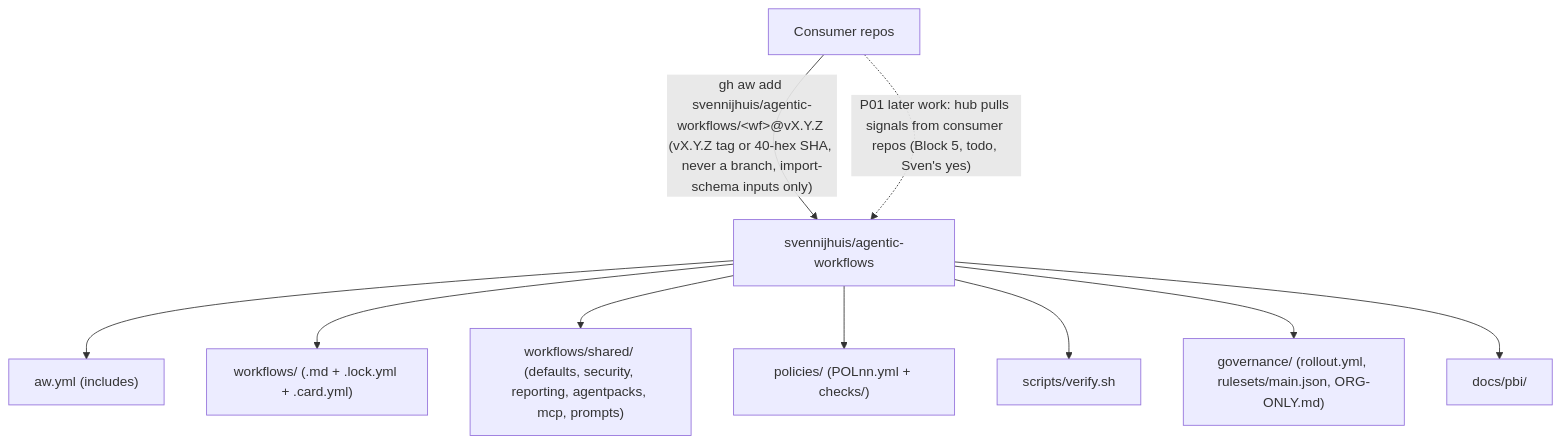
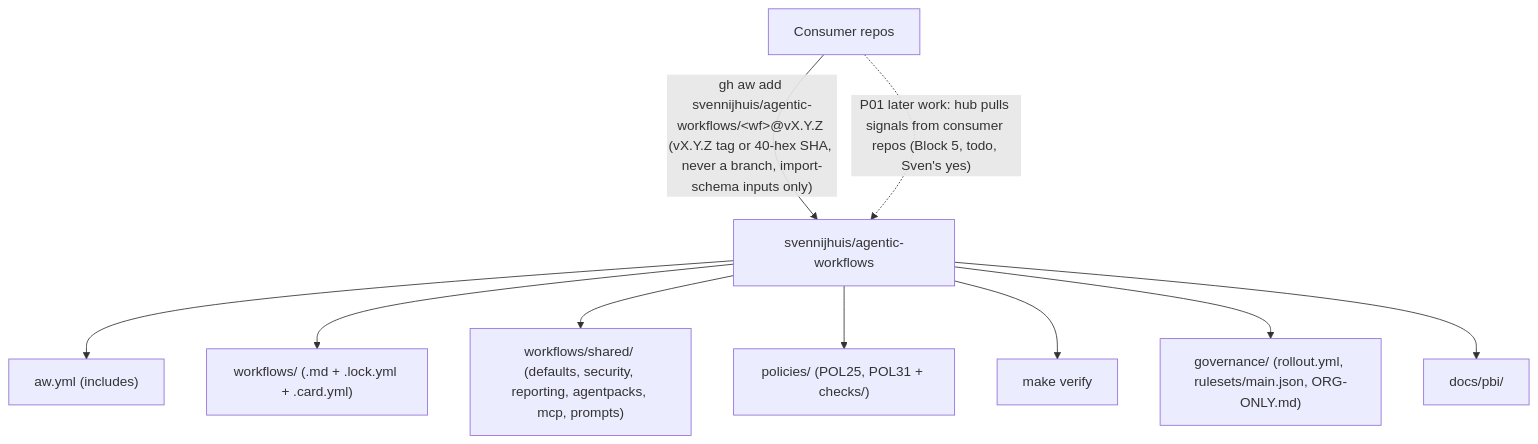
Before and after one commit to svennijhuis/agentic-workflows: the first of 2 diagrams in governance/ORG-ONLY.md, drawn with Mermaid. The commit also changed other lines of this file and 986 other files, not shown here.

````diff
--- a/governance/ORG-ONLY.md
+++ b/governance/ORG-ONLY.md
@@ -11,14 +11,14 @@
 ```mermaid
 flowchart TB
   Hub["svennijhuis/agentic-workflows"]
   Hub --> AwYml["aw.yml (includes)"]
   Hub --> Wf["workflows/ (.md + .lock.yml + .card.yml)"]
   Hub --> Shared["workflows/shared/ (defaults, security, reporting, agentpacks, mcp, prompts)"]
-  Hub --> Pol["policies/ (POLnn.yml + checks/)"]
-  Hub --> Verify["scripts/verify.sh"]
+  Hub --> Pol["policies/ (POL25, POL31 + checks/)"]
+  Hub --> Verify["make verify"]
   Hub --> Gov["governance/ (rollout.yml, rulesets/main.json, ORG-ONLY.md)"]
   Hub --> Pbi["docs/pbi/"]
   Cons["Consumer repos"]
   Cons -->|"gh aw add svennijhuis/agentic-workflows/#lt;wf#gt;@vX.Y.Z (vX.Y.Z tag or 40-hex SHA, never a branch, import-schema inputs only)"| Hub
   Cons -.->|"P01 later work: hub pulls signals from consumer repos (Block 5, todo, Sven's yes)"| Hub
 ```
````
